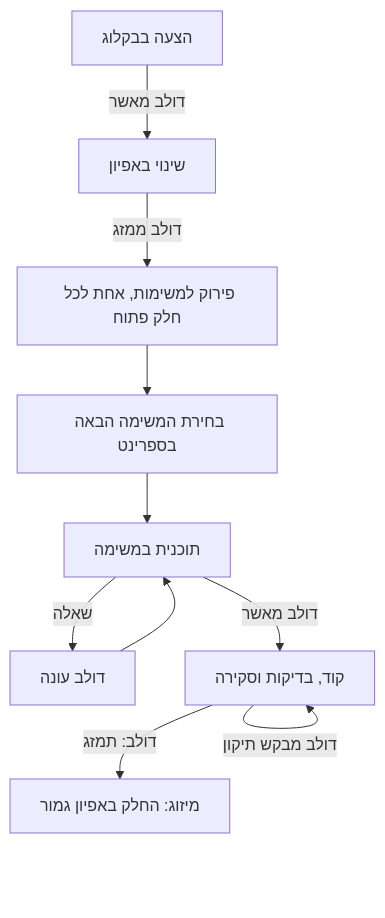
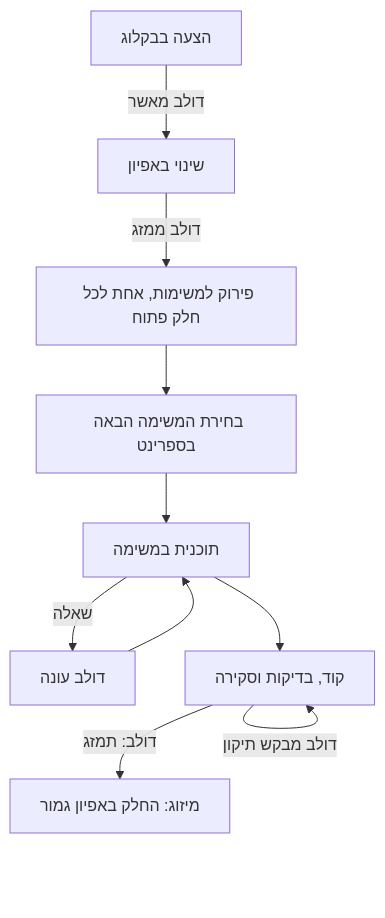
Before and after one commit to dolev2/claude-config: the first of 2 diagrams in docs/specs/claude-config.md, drawn with Mermaid. The commit also changed other lines of this file, not shown here.

````diff
--- a/docs/specs/claude-config.md
+++ b/docs/specs/claude-config.md
@@ -186,12 +186,12 @@
 ```mermaid
 flowchart TD
     A["הצעה בבקלוג"] -->|"דולב מאשר"| B["שינוי באפיון"]
     B -->|"דולב ממזג"| C["פירוק למשימות, אחת לכל חלק פתוח"]
     C --> D["בחירת המשימה הבאה בספרינט"]
     D --> E["תוכנית במשימה"]
     E -->|"שאלה"| Q["דולב עונה"]
     Q --> E
-    E -->|"דולב מאשר"| F["קוד, בדיקות וסקירה"]
+    E --> F["קוד, בדיקות וסקירה"]
     F -->|"דולב מבקש תיקון"| F
     F -->|"דולב: תמזג"| G["מיזוג: החלק באפיון גמור"]
 ```
````
